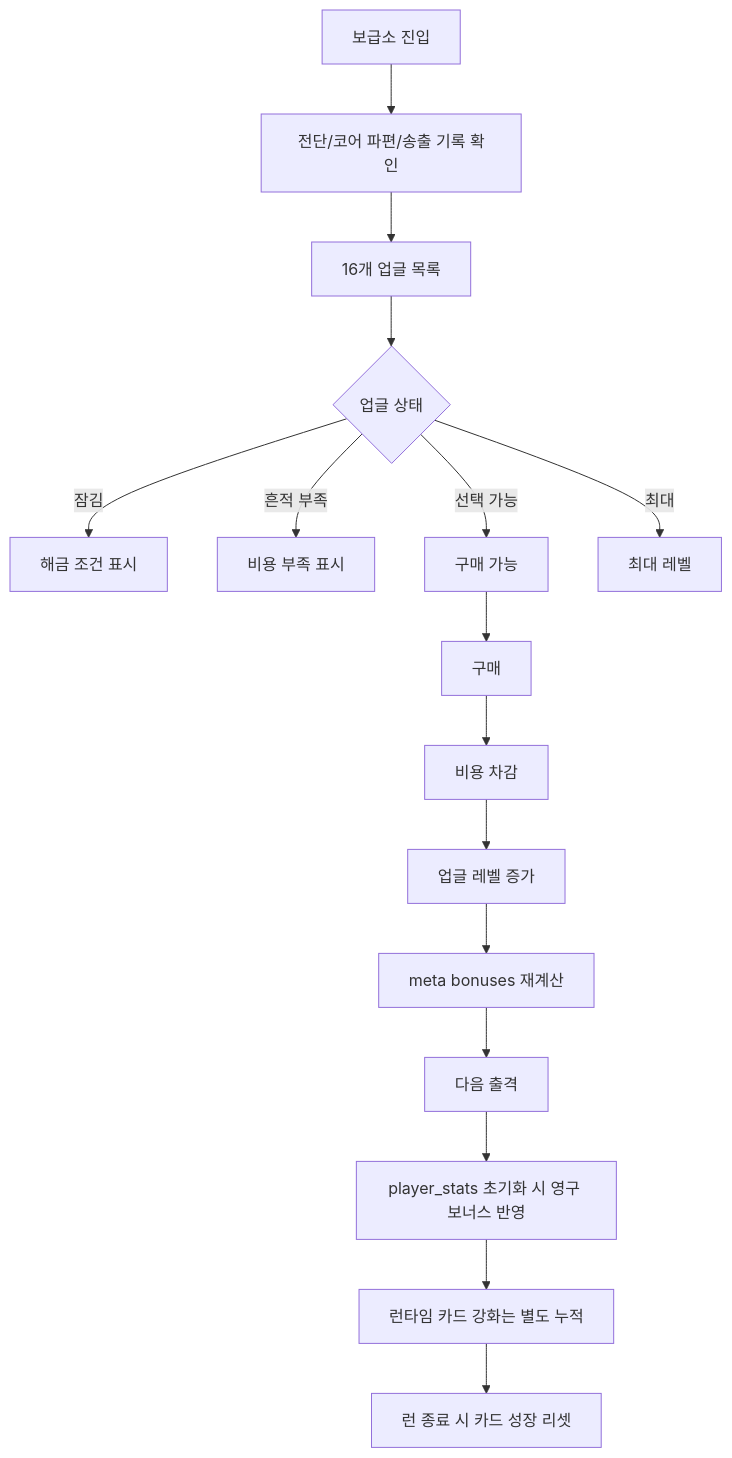
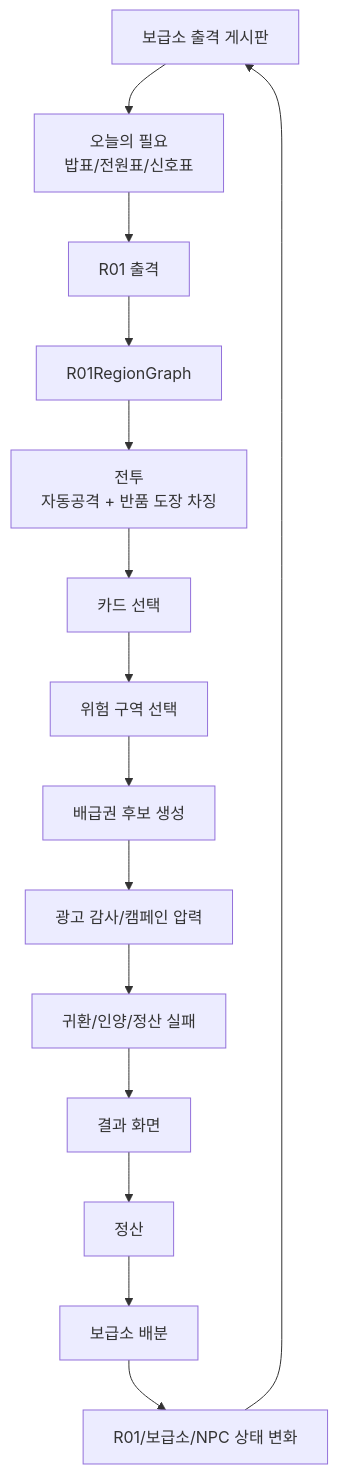
Before and after one commit to chaosdeity/atomic-ad-survivors: the second of 13 diagrams in SYSTEM_FLOW_DIAGRAMS.md, drawn with Mermaid. The commit also changed other lines of this file and 29 other files, not shown here.

Commit message:
docs: add 0.2 architecture references

````diff
--- a/SYSTEM_FLOW_DIAGRAMS.md
+++ b/SYSTEM_FLOW_DIAGRAMS.md
@@ -208,18 +64,20 @@
 ```mermaid
 flowchart TD
-    Enter["보급소 진입"] --> Currency["전단/코어 파편/송출 기록 확인"]
-    Currency --> List["16개 업글 목록"]
-    List --> State{"업글 상태"}
-    State -->|잠김| Locked["해금 조건 표시"]
-    State -->|흔적 부족| Insufficient["비용 부족 표시"]
-    State -->|선택 가능| Buyable["구매 가능"]
-    State -->|최대| Maxed["최대 레벨"]
-    Buyable --> Purchase["구매"]
-    Purchase --> Deduct["비용 차감"]
-    Deduct --> LevelUp["업글 레벨 증가"]
-    LevelUp --> Bonus["meta bonuses 재계산"]
-    Bonus --> Redeploy["다음 출격"]
-    Redeploy --> Stats["player_stats 초기화 시 영구 보너스 반영"]
-    Stats --> RuntimeCards["런타임 카드 강화는 별도 누적"]
-    RuntimeCards --> RunEnd["런 종료 시 카드 성장 리셋"]
+    SupplyBoard["보급소 출격 게시판"]
+    Need["오늘의 필요\n밥표/전원표/신호표"]
+    Sortie["R01 출격"]
+    RegionGraph["R01RegionGraph"]
+    Combat["전투\n자동공격 + 반품 도장 차징"]
+    CardPick["카드 선택"]
+    RiskChoice["위험 구역 선택"]
+    CandidateBuild["배급권 후보 생성"]
+    Audit["광고 감사/캠페인 압력"]
+    End["귀환/인양/정산 실패"]
+    Result["결과 화면"]
+    Settlement["정산"]
+    Allocation["보급소 배분"]
+    Mutation["R01/보급소/NPC 상태 변화"]
+
+    SupplyBoard --> Need --> Sortie --> RegionGraph --> Combat --> CardPick --> RiskChoice
+    RiskChoice --> CandidateBuild --> Audit --> End --> Result --> Settlement --> Allocation --> Mutation --> SupplyBoard
 ```
````
